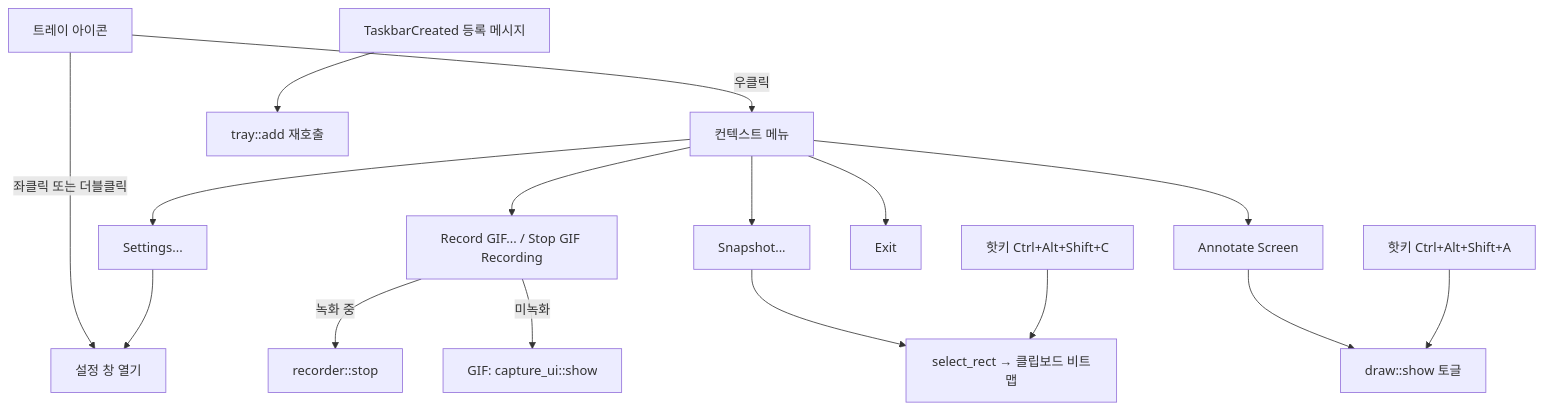
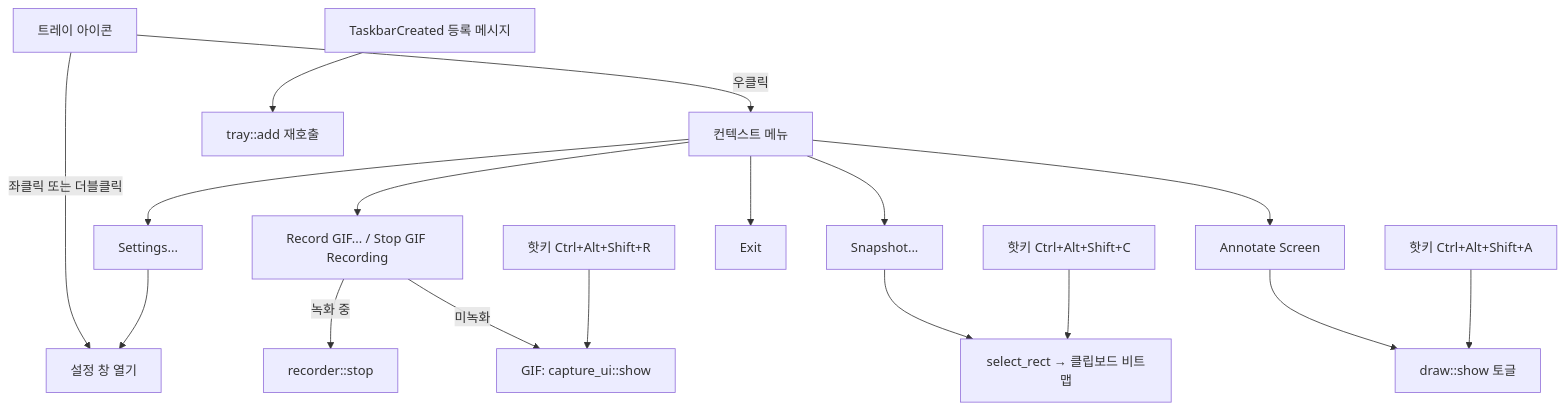
One commit to noelfania/ccesdgr changed the fourth of 4 diagrams in docs/reference/architecture.md. Above: the diagram before and after it, drawn with Mermaid. The commit also changed other lines of this file and 24 other files, not shown here.

````diff
--- a/docs/reference/architecture.md
+++ b/docs/reference/architecture.md
@@ -178,19 +181,20 @@
 ```mermaid
 flowchart TD
   tray_icon[트레이 아이콘]
   tray_icon -->|좌클릭 또는 더블클릭| open_settings[설정 창 열기]
   tray_icon -->|우클릭| menu[컨텍스트 메뉴]
   menu --> m_settings["Settings..."]
   menu --> m_record["Record GIF... / Stop GIF Recording"]
   menu --> m_snip["Snapshot..."]
   menu --> m_draw["Annotate Screen"]
   menu --> m_exit["Exit"]
   m_settings --> open_settings
   m_record -->|녹화 중| stop_rec["recorder::stop"]
   m_record -->|미녹화| capture_flow[GIF: capture_ui::show]
   m_snip --> snip_flow["select_rect → 클립보드 비트맵"]
   m_draw --> draw_toggle["draw::show 토글"]
+  hotkey_r["핫키 Ctrl+Alt+Shift+R"] --> capture_flow
   hotkey_c["핫키 Ctrl+Alt+Shift+C"] --> snip_flow
   hotkey_a["핫키 Ctrl+Alt+Shift+A"] --> draw_toggle
   taskbar_msg["TaskbarCreated 등록 메시지"] --> tray_readd["tray::add 재호출"]
 ```
````
